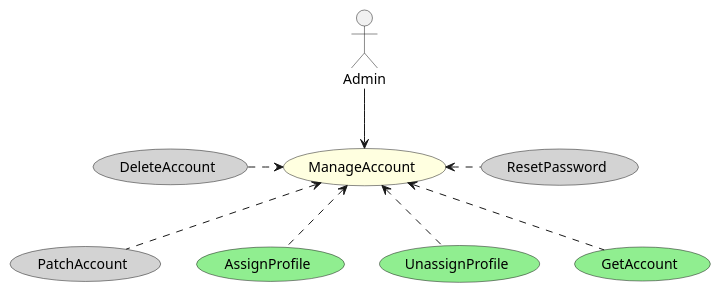
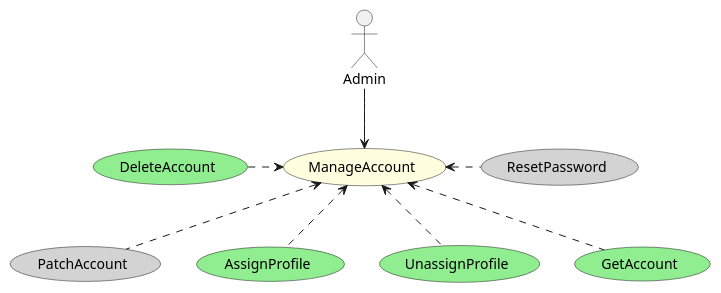
One commit to zehgreven/nutri-be-ddd-ca changed the diagram in documentation/usecase/UseCase.iam.ManageAccount.puml. Above: the diagram before and after it, drawn with PlantUML. The commit also changed 13 other files, not shown here.

Commit message:
Created DeleteAccount

```diff
--- a/documentation/usecase/UseCase.iam.ManageAccount.puml
+++ b/documentation/usecase/UseCase.iam.ManageAccount.puml
@@ -1,21 +1,21 @@
 @startuml Use Case
 
 actor Admin
 
 usecase ManageAccount #LightYellow
 usecase PatchAccount #LightGray
-usecase DeleteAccount #LightGray
+usecase DeleteAccount #LightGreen
 usecase AssignProfile #LightGreen
 usecase UnassignProfile #LightGreen
 usecase GetAccount #LightGreen
 usecase ResetPassword #LightGray
 
 Admin --> (ManageAccount) 
 (ManageAccount) <.d. (AssignProfile) 
 (ManageAccount) <.d. (UnassignProfile) 
 (ManageAccount) <.d. (GetAccount) 
 (ManageAccount) <.d. (PatchAccount) 
 (ManageAccount) <.l. (DeleteAccount) 
 (ManageAccount) <.r. (ResetPassword) 
 
 @enduml
```
